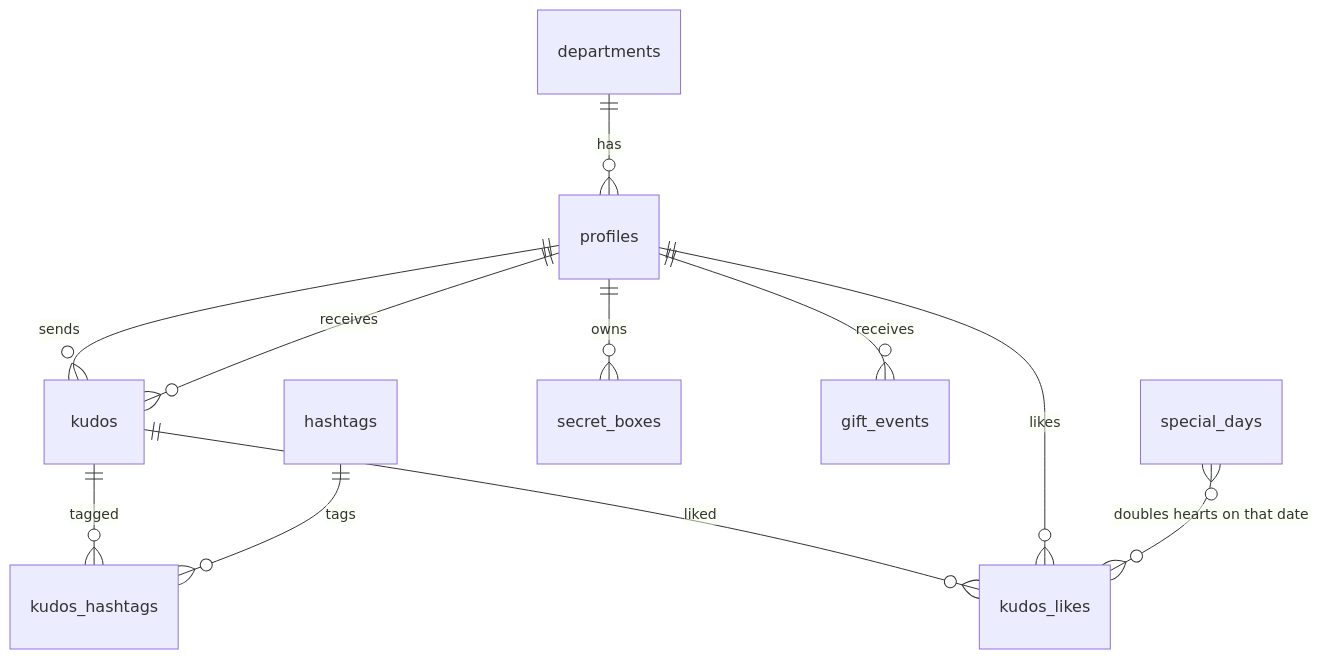
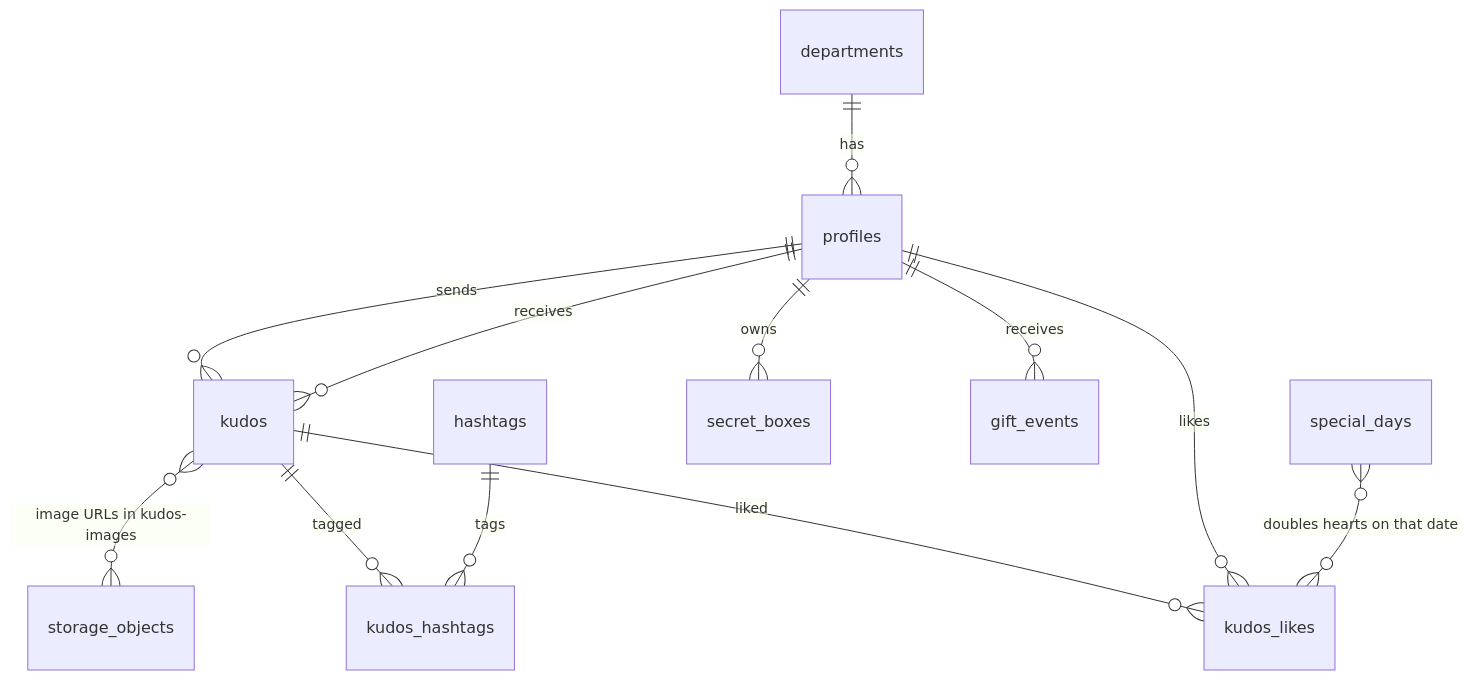
The eighth of 8 diagrams in docs/system/architecture.md (vankt-2781/mock-aidd-kudo-app), drawn with Mermaid before and after one commit. The commit also changed other lines of this file and 12 other files, not shown here.

````diff
--- a/docs/system/architecture.md
+++ b/docs/system/architecture.md
@@ -209,13 +250,14 @@
 ```mermaid
 erDiagram
     departments ||--o{ profiles : has
     profiles ||--o{ kudos : sends
+    kudos }o--o{ storage_objects : "image URLs in kudos-images"
     profiles ||--o{ kudos : receives
     kudos ||--o{ kudos_hashtags : tagged
     hashtags ||--o{ kudos_hashtags : tags
     kudos ||--o{ kudos_likes : liked
     profiles ||--o{ kudos_likes : likes
     profiles ||--o{ secret_boxes : owns
     profiles ||--o{ gift_events : receives
     special_days }o--o{ kudos_likes : "doubles hearts on that date"
 ```
````
